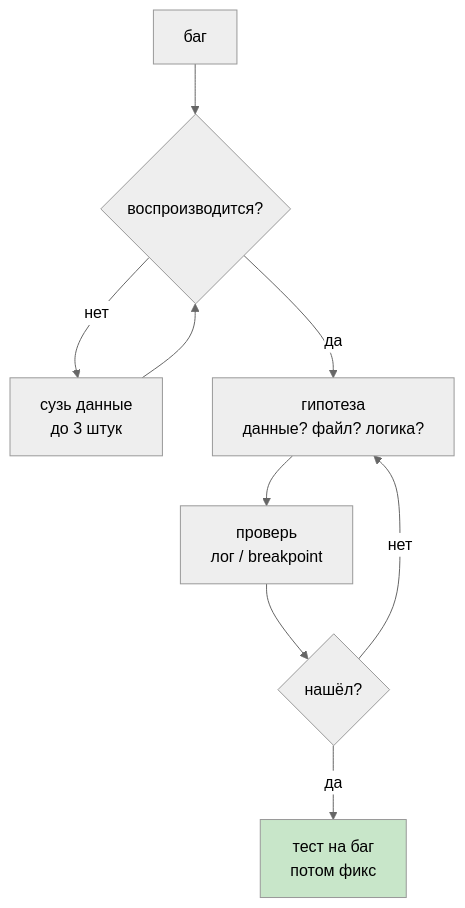
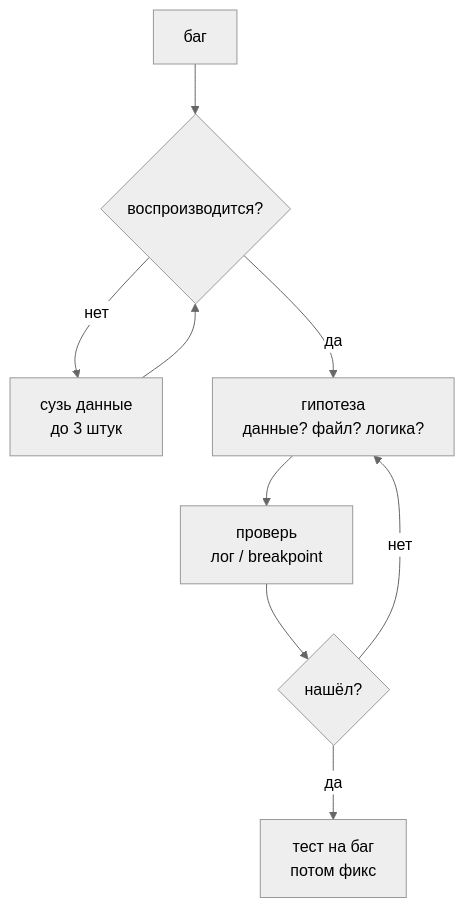
One commit to JayStorm228/College changed the fifth of 5 diagrams in 02_Курсы/01. Инженерные практики Python/01_Лекции/09. Отладка и диагностика.md. Above: the diagram before and after it, drawn with Mermaid (neutral theme). The commit also changed other lines of this file and 30 other files, not shown here.

First line of the commit message:
переименование NumPy лекций под академические заголовки + стандартные диаграммы

````diff
--- a/02_Курсы/01. Инженерные практики Python/01_Лекции/09. Отладка и диагностика.md
+++ b/02_Курсы/01. Инженерные практики Python/01_Лекции/09. Отладка и диагностика.md
@@ -221,12 +213,11 @@
 ```mermaid
 flowchart TD
   A[баг] --> B{воспроизводится?}
   B -- нет --> C[сузь данные<br>до 3 штук]
   C --> B
   B -- да --> D[гипотеза<br>данные? файл? логика?]
   D --> E[проверь<br>лог / breakpoint]
   E --> F{нашёл?}
   F -- нет --> D
   F -- да --> G[тест на баг<br>потом фикс]
-  style G fill:#c8e6c9
 ```
````
